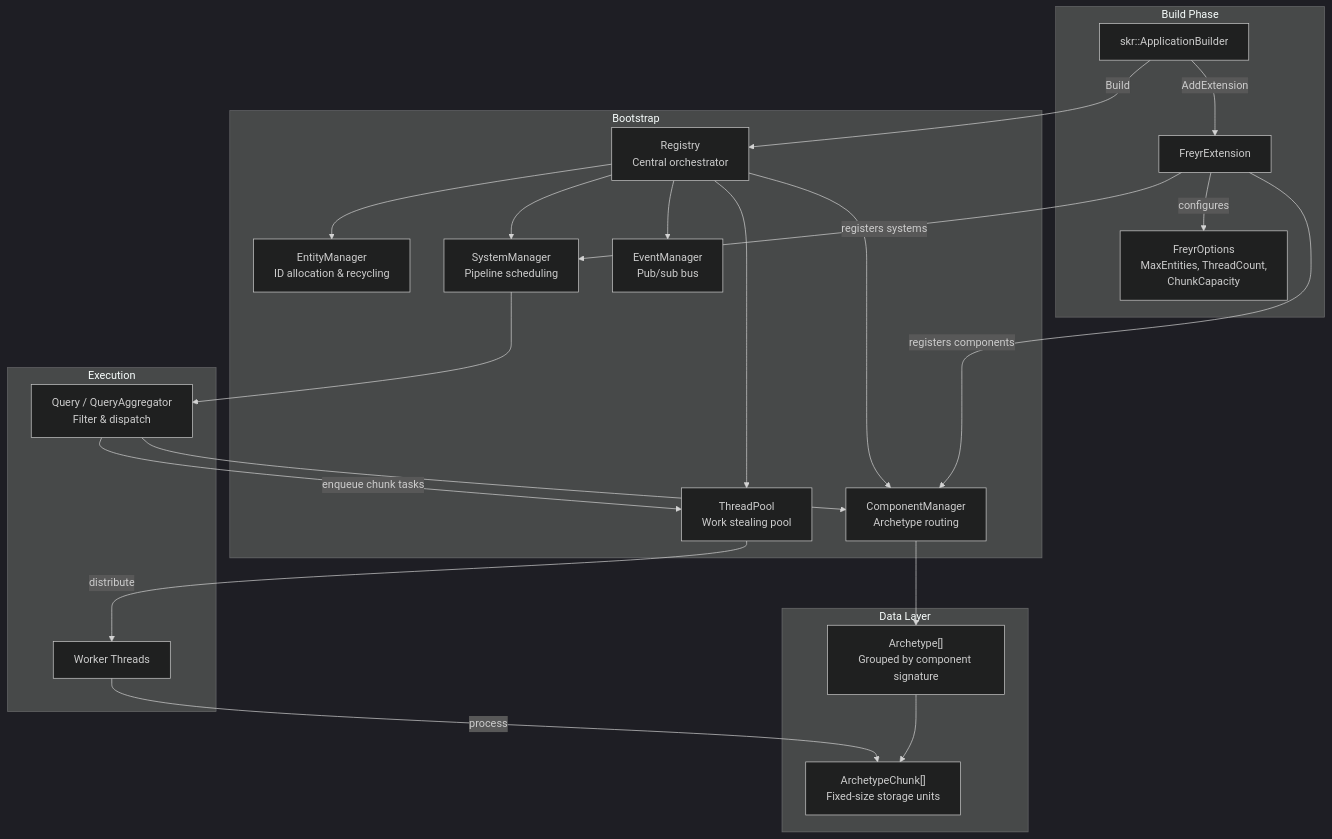
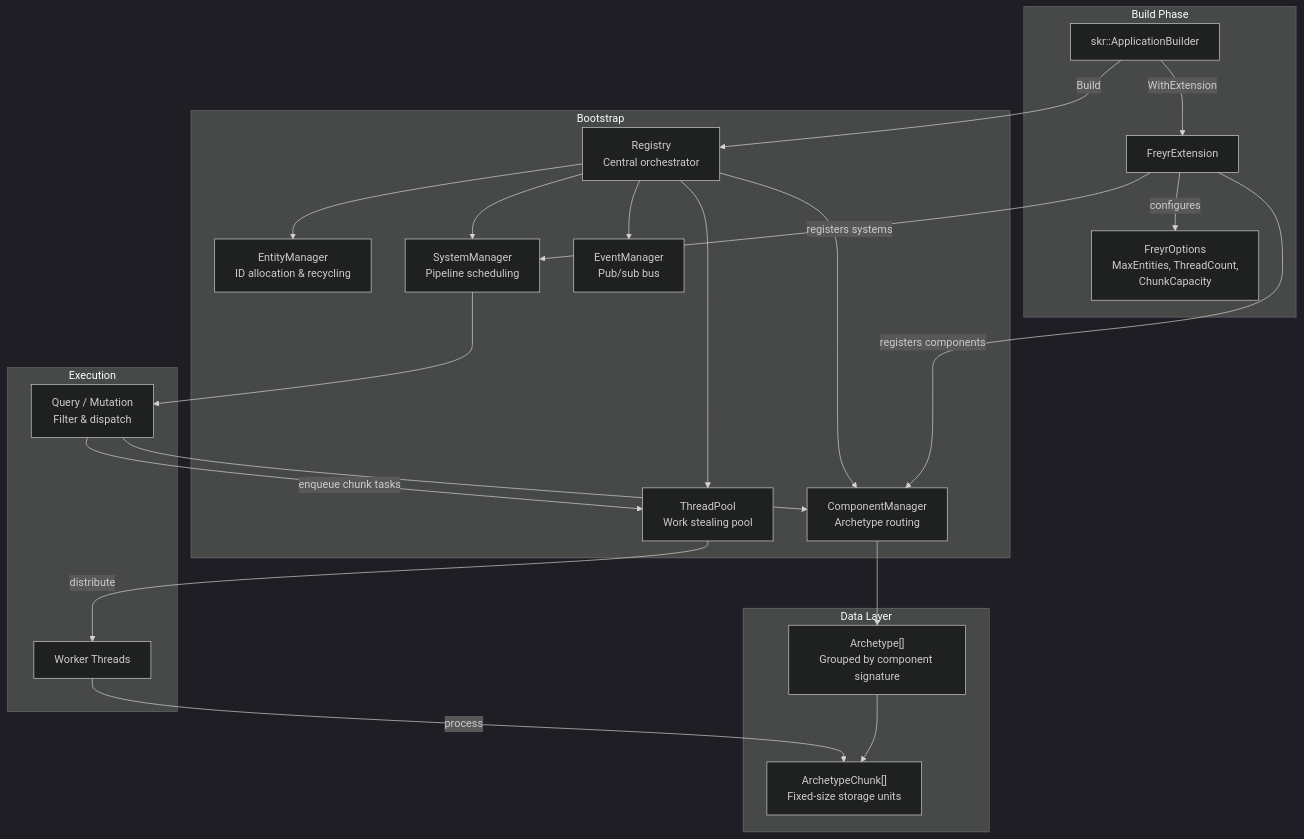
The first of 6 diagrams in docs/concepts/architecture.md (gilmar-sales/Freyr), drawn with Mermaid (dark theme) before and after one commit. The commit also changed other lines of this file and 20 other files, not shown here.

````diff
--- a/docs/concepts/architecture.md
+++ b/docs/concepts/architecture.md
@@ -5,49 +5,49 @@
 ```mermaid
 graph TB
     subgraph Build["Build Phase"]
         FB["skr::ApplicationBuilder"]
         FE["FreyrExtension"]
         OPT["FreyrOptions<br/>MaxEntities, ThreadCount,<br/>ChunkCapacity"]
     end
 
     subgraph Bootstrap["Bootstrap"]
         SC["Registry<br/>Central orchestrator"]
         CM["ComponentManager<br/>Archetype routing"]
         EM["EntityManager<br/>ID allocation &amp; recycling"]
         SM["SystemManager<br/>Pipeline scheduling"]
         EVM["EventManager<br/>Pub/sub bus"]
         TP["ThreadPool<br/>Work stealing pool"]
     end
 
     subgraph Storage["Data Layer"]
         ARCH["Archetype[]<br/>Grouped by component signature"]
         CHUNK["ArchetypeChunk[]<br/>Fixed-size storage units"]
     end
 
     subgraph Execution["Execution"]
         WORKERS["Worker Threads"]
-        QUERY["Query / QueryAggregator<br/>Filter &amp; dispatch"]
+        QUERY["Query / Mutation<br/>Filter &amp; dispatch"]
     end
 
-    FB -->|AddExtension| FE
+    FB -->|WithExtension| FE
     FE -->|registers components| CM
     FE -->|registers systems| SM
     FE -->|configures| OPT
 
     FB -->|Build| SC
     SC --> CM
     SC --> EM
     SC --> SM
     SC --> EVM
     SC --> TP
 
     CM --> ARCH
     ARCH --> CHUNK
 
     SM --> QUERY
     QUERY --> CM
     QUERY -->|enqueue chunk tasks| TP
     TP -->|distribute| WORKERS
     WORKERS -->|process| CHUNK
 
 ```
````
